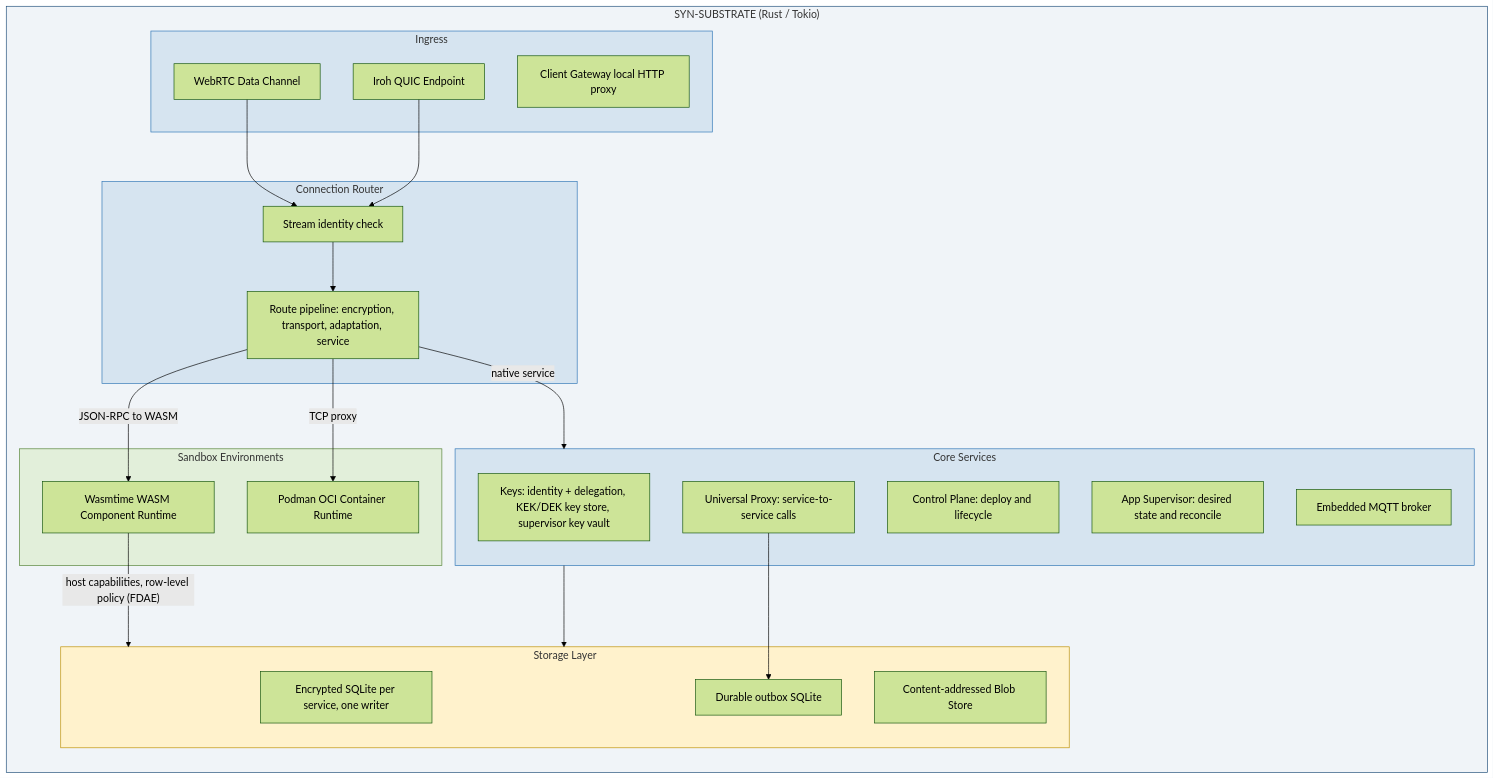
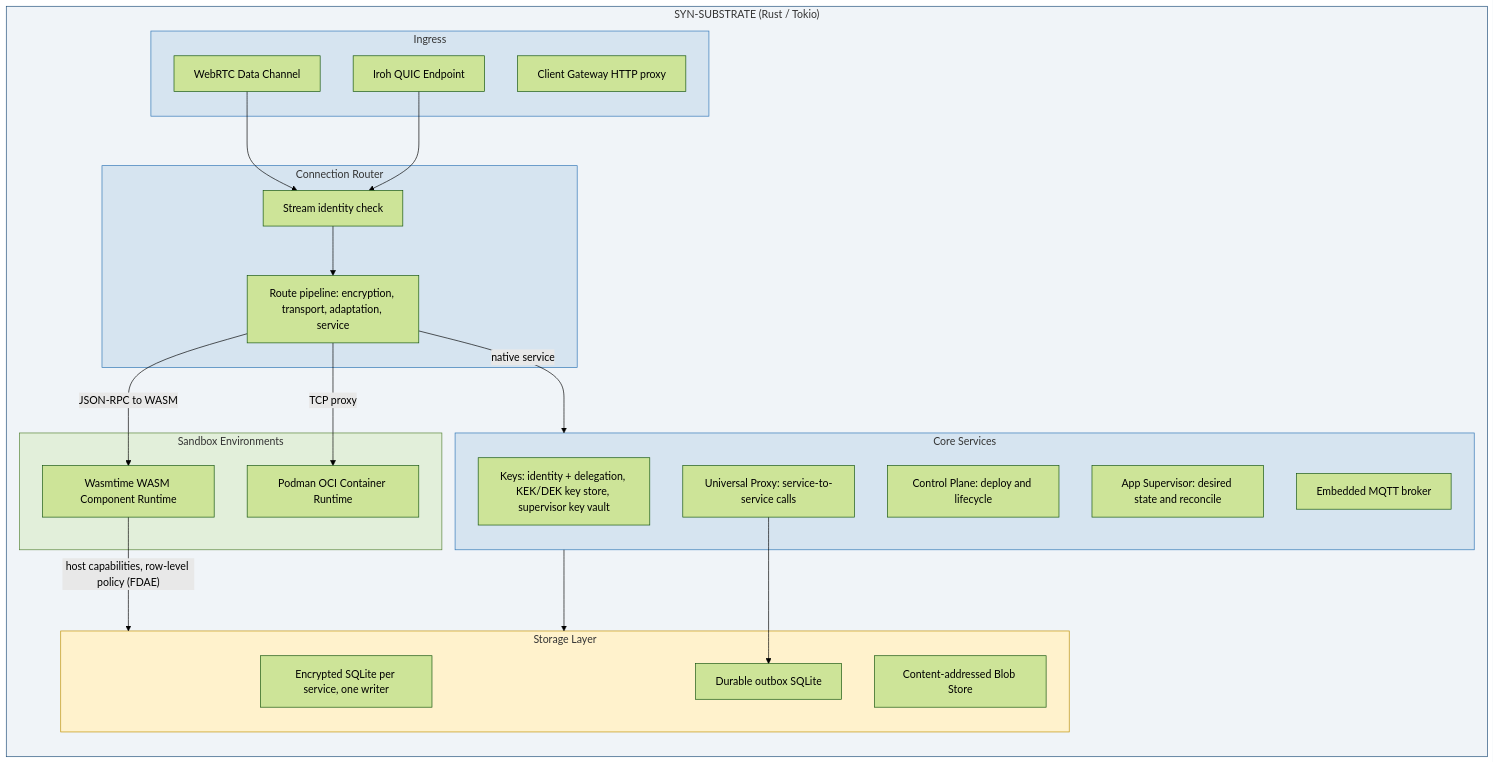
Before and after one commit to syneroym/syneroym: the seventh of 23 diagrams in docs/system-architecture.md, drawn with Mermaid (forest theme). The commit also changed other lines of this file and 15 other files, not shown here.

First line of the commit message:
docs(architecture): apply audit fixes (#293)

````diff
--- a/docs/system-architecture.md
+++ b/docs/system-architecture.md
@@ -250,53 +430,53 @@
 ```mermaid
 flowchart TD
     subgraph SUBSTRATE["SYN-SUBSTRATE (Rust / Tokio)"]
         direction TB
 
         subgraph INGRESS["Ingress"]
             QUIC_EP[Iroh QUIC Endpoint]
             WRT[WebRTC Data Channel]
-            GW[Client Gateway local HTTP proxy]
+            GW[Client Gateway HTTP proxy]
         end
 
         subgraph ROUTING["Connection Router"]
             IDENT[Stream identity check]
             PIPE[Route pipeline: encryption, transport, adaptation, service]
         end
 
         subgraph CORE["Core Services"]
             KM[Keys: identity + delegation, KEK/DEK key store, supervisor key vault]
             ORCH[Control Plane: deploy and lifecycle]
             SUP[App Supervisor: desired state and reconcile]
             PROXY[Universal Proxy: service-to-service calls]
             MQTT[Embedded MQTT broker]
         end
 
         subgraph SANDBOX["Sandbox Environments"]
             WASM[Wasmtime WASM Component Runtime]
             OCI[Podman OCI Container Runtime]
         end
 
         subgraph STORAGE["Storage Layer"]
             SQLITE[Encrypted SQLite per service, one writer]
             QUEUE[Durable outbox SQLite]
             BLOB[Content-addressed Blob Store]
         end
     end
 
     QUIC_EP --> IDENT
     WRT --> IDENT
     IDENT --> PIPE
     PIPE -->|"native service"| CORE
     PIPE -->|"JSON-RPC to WASM"| WASM
     PIPE -->|"TCP proxy"| OCI
     CORE --> STORAGE
     WASM -->|"host capabilities, row-level policy (FDAE)"| STORAGE
     PROXY --> QUEUE
 
     style SUBSTRATE fill:#f0f4f8,stroke:#1F4E79
     style INGRESS fill:#D6E4F0,stroke:#2E75B6
     style ROUTING fill:#D6E4F0,stroke:#2E75B6
     style CORE fill:#D6E4F0,stroke:#2E75B6
     style SANDBOX fill:#E2EFDA,stroke:#548235
     style STORAGE fill:#FFF2CC,stroke:#BF9000
 ```
````
